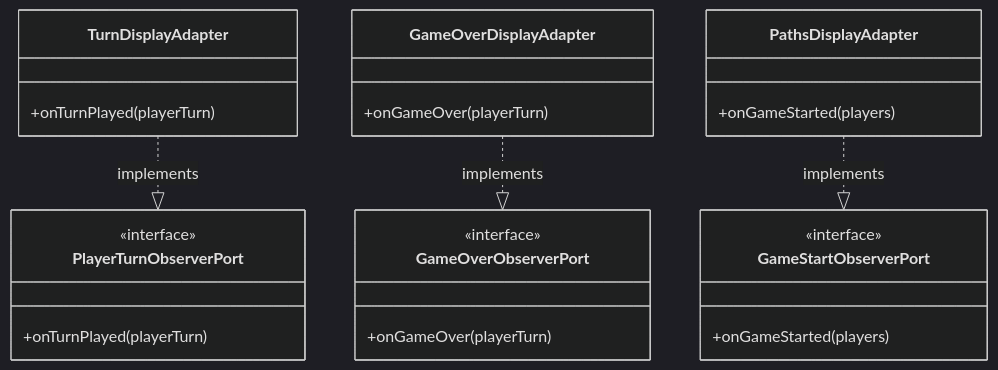
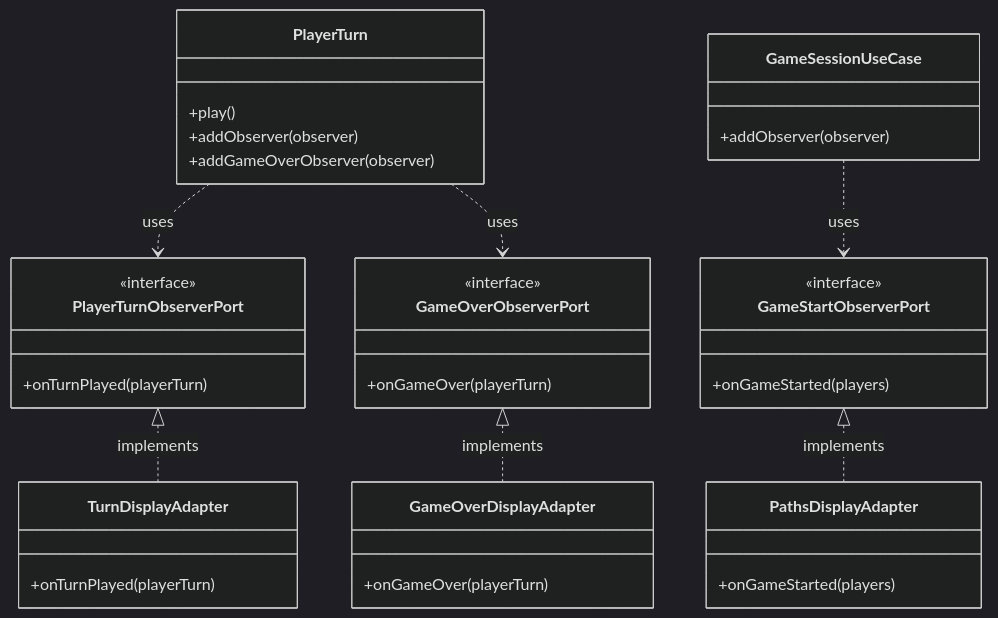
One commit to SirRmelTheThird/HyperJump changed the sixth of 7 diagrams in README.md. Above: the diagram before and after it, drawn with Mermaid (dark theme). The commit also changed other lines of this file, not shown here.

````diff
--- a/README.md
+++ b/README.md
@@ -157,28 +230,39 @@
 ```mermaid
 classDiagram
     class PlayerTurnObserverPort {
         <<interface>>
         +onTurnPlayed(playerTurn)
     }
     class GameOverObserverPort {
         <<interface>>
         +onGameOver(playerTurn)
     }
     class GameStartObserverPort {
         <<interface>>
         +onGameStarted(players)
     }
+    class PlayerTurn {
+        +play()
+        +addObserver(observer)
+        +addGameOverObserver(observer)
+    }
+    class GameSessionUseCase {
+        +addObserver(observer)
+    }
     class TurnDisplayAdapter {
         +onTurnPlayed(playerTurn)
     }
     class GameOverDisplayAdapter {
         +onGameOver(playerTurn)
     }
     class PathsDisplayAdapter {
         +onGameStarted(players)
     }
 
-    TurnDisplayAdapter ..|> PlayerTurnObserverPort : implements
-    GameOverDisplayAdapter ..|> GameOverObserverPort : implements
-    PathsDisplayAdapter ..|> GameStartObserverPort : implements
+    PlayerTurnObserverPort <|.. TurnDisplayAdapter : implements
+    GameOverObserverPort <|.. GameOverDisplayAdapter : implements
+    GameStartObserverPort <|.. PathsDisplayAdapter : implements
+    PlayerTurn ..> PlayerTurnObserverPort : uses
+    PlayerTurn ..> GameOverObserverPort : uses
+    GameSessionUseCase ..> GameStartObserverPort : uses
 ```
````
